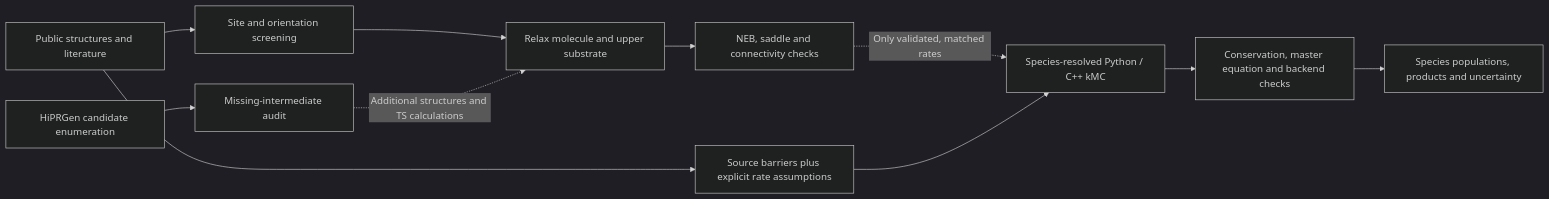
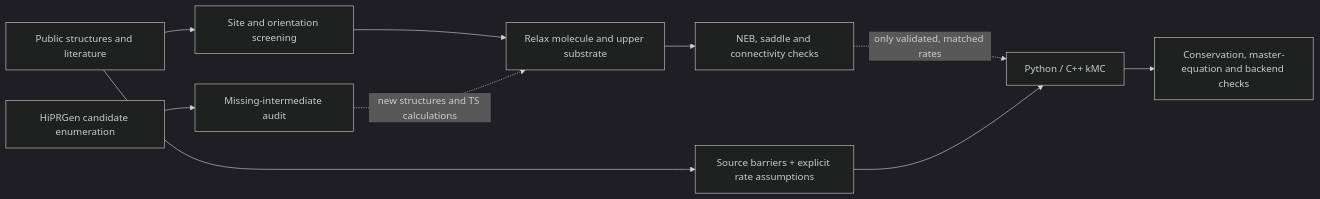
One commit to ryanlai666/plasma-surface-dynamics changed the diagram in README.md. Above: the diagram before and after it, drawn with Mermaid (dark theme). The commit also changed other lines of this file and 5 other files, not shown here.

````diff
--- a/README.md
+++ b/README.md
@@ -28,13 +114,12 @@
 ```mermaid
 flowchart LR
     A[Public structures and literature] --> B[Site and orientation screening]
     B --> C[Relax molecule and upper substrate]
     C --> D[NEB, saddle and connectivity checks]
-    D -. Only validated, matched rates .-> F[Species-resolved Python / C++ kMC]
-    A --> E[Source barriers plus explicit rate assumptions]
+    D -. only validated, matched rates .-> F[Python / C++ kMC]
+    A --> E[Source barriers + explicit rate assumptions]
     E --> F
     G[HiPRGen candidate enumeration] --> H[Missing-intermediate audit]
-    H -. Additional structures and TS calculations .-> C
-    F --> I[Conservation, master equation and backend checks]
-    I --> J[Species populations, products and uncertainty]
+    H -. new structures and TS calculations .-> C
+    F --> I[Conservation, master-equation and backend checks]
 ```
````
